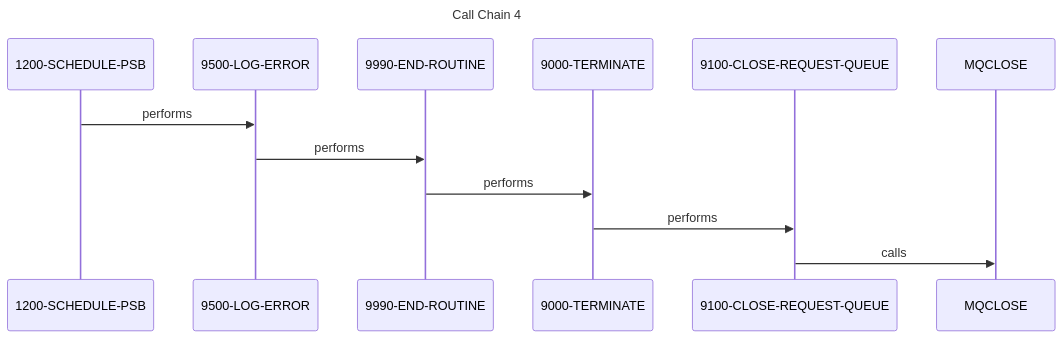
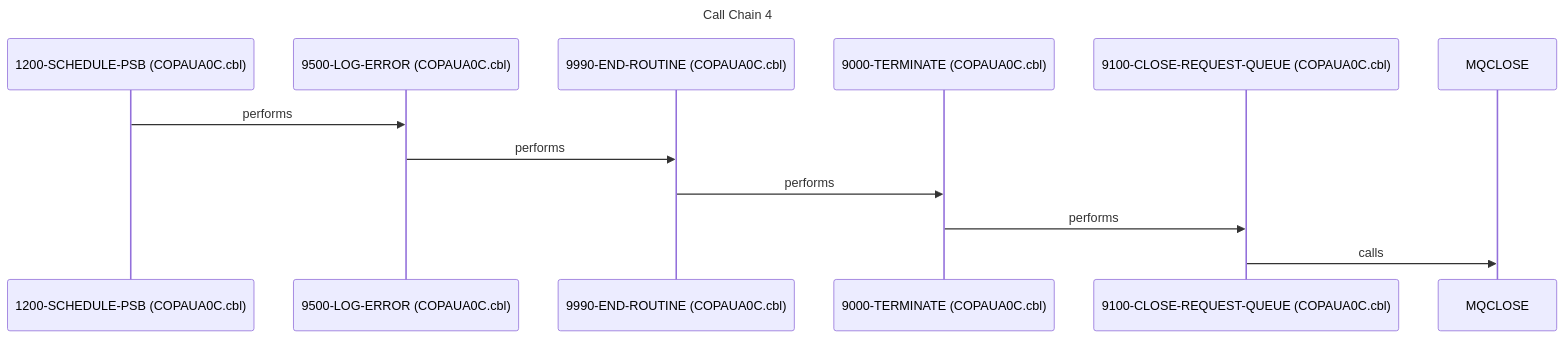
Before and after one commit to andrasfe/war_rig: the fifth of 6 diagrams in example_output/SYSTEM_DESIGN.md, drawn with Mermaid. The commit also changed other lines of this file and 113 other files, not shown here.

````diff
--- a/example_output/SYSTEM_DESIGN.md
+++ b/example_output/SYSTEM_DESIGN.md
@@ -386,15 +395,15 @@
 ```mermaid
 sequenceDiagram
     title Call Chain 4
-    participant 1200_SCHEDULE_PSB as 1200-SCHEDULE-PSB
-    participant 9500_LOG_ERROR as 9500-LOG-ERROR
-    participant 9990_END_ROUTINE as 9990-END-ROUTINE
-    participant 9000_TERMINATE as 9000-TERMINATE
-    participant 9100_CLOSE_REQUEST_QUEUE as 9100-CLOSE-REQUEST-QUEUE
+    participant 1200_SCHEDULE_PSB as 1200-SCHEDULE-PSB (COPAUA0C.cbl)
+    participant 9500_LOG_ERROR as 9500-LOG-ERROR (COPAUA0C.cbl)
+    participant 9990_END_ROUTINE as 9990-END-ROUTINE (COPAUA0C.cbl)
+    participant 9000_TERMINATE as 9000-TERMINATE (COPAUA0C.cbl)
+    participant 9100_CLOSE_REQUEST_QUEUE as 9100-CLOSE-REQUEST-QUEUE (COPAUA0C.cbl)
     participant MQCLOSE as MQCLOSE
     1200_SCHEDULE_PSB->>9500_LOG_ERROR: performs
     9500_LOG_ERROR->>9990_END_ROUTINE: performs
     9990_END_ROUTINE->>9000_TERMINATE: performs
     9000_TERMINATE->>9100_CLOSE_REQUEST_QUEUE: performs
     9100_CLOSE_REQUEST_QUEUE->>MQCLOSE: calls
 ```
````
